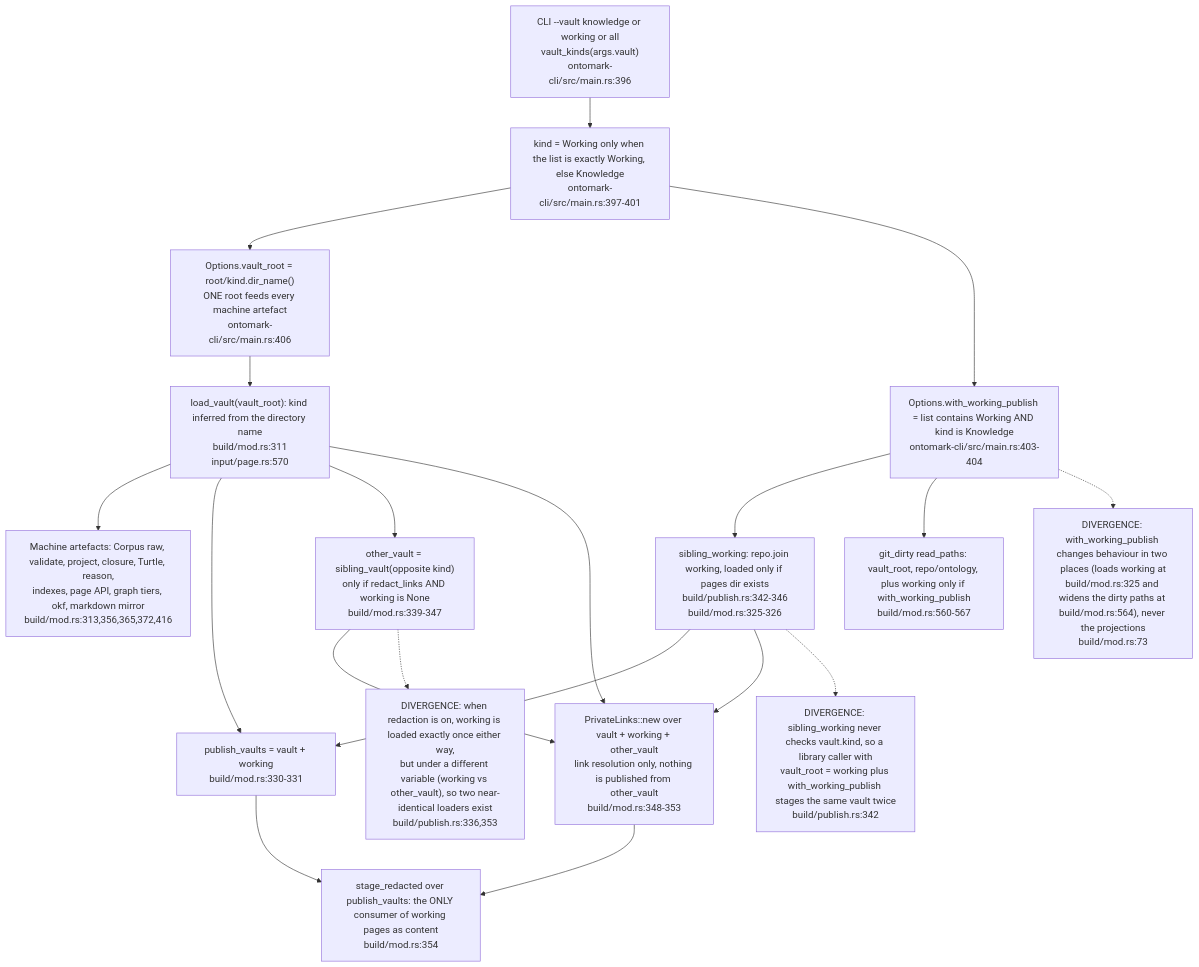
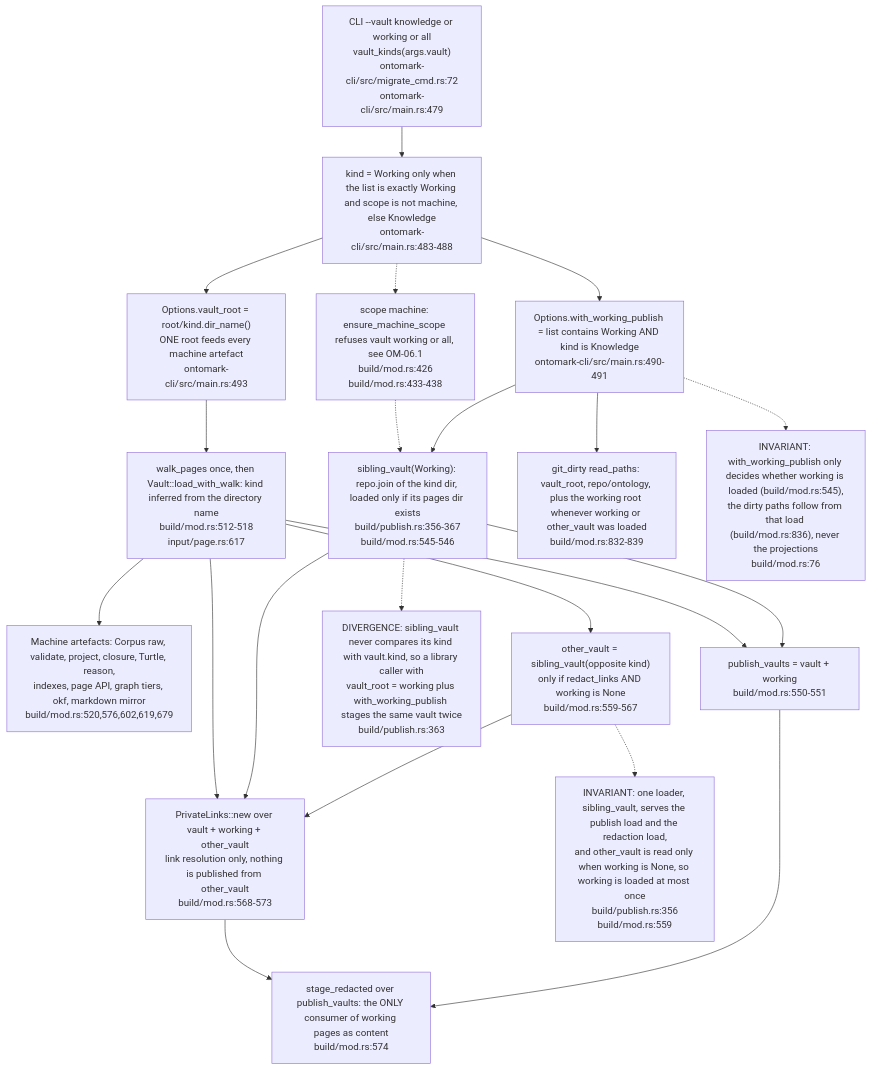
The second of 7 diagrams in docs/diagrams/ontomark/03-build-run-gates-staging-and-generation.md (DreamLab-AI/VisionFlow), drawn with Mermaid before and after one commit. The commit also changed other lines of this file and 10 other files, not shown here.

First line of the commit message:
docs(diagrams): re-stamp the ontomark corpus at ee9e04a; OM-06 machine scope and ingest contract

````diff
--- a/docs/diagrams/ontomark/03-build-run-gates-staging-and-generation.md
+++ b/docs/diagrams/ontomark/03-build-run-gates-staging-and-generation.md
@@ -65,30 +70,33 @@
 ```mermaid
 flowchart TD
-    ARG["CLI --vault knowledge or working or all<br/>vault_kinds(args.vault)<br/>ontomark-cli/src/main.rs:396"]
-    KIND["kind = Working only when the list is exactly Working, else Knowledge<br/>ontomark-cli/src/main.rs:397-401"]
-    ROOT["Options.vault_root = root/kind.dir_name()<br/>ONE root feeds every machine artefact<br/>ontomark-cli/src/main.rs:406"]
-    WIDE["Options.with_working_publish = list contains Working AND kind is Knowledge<br/>ontomark-cli/src/main.rs:403-404"]
-    LOAD["load_vault(vault_root): kind inferred from the directory name<br/>build/mod.rs:311<br/>input/page.rs:570"]
-    MACH["Machine artefacts: Corpus raw, validate, project, closure, Turtle, reason,<br/>indexes, page API, graph tiers, okf, markdown mirror<br/>build/mod.rs:313,356,365,372,416"]
-    SW["sibling_working: repo.join working, loaded only if pages dir exists<br/>build/publish.rs:342-346<br/>build/mod.rs:325-326"]
-    PUBV["publish_vaults = vault + working<br/>build/mod.rs:330-331"]
-    STAGE["stage_redacted over publish_vaults: the ONLY consumer of working pages as content<br/>build/mod.rs:354"]
-    OTHER["other_vault = sibling_vault(opposite kind)<br/>only if redact_links AND working is None<br/>build/mod.rs:339-347"]
-    PL["PrivateLinks::new over vault + working + other_vault<br/>link resolution only, nothing is published from other_vault<br/>build/mod.rs:348-353"]
-    GITD["git_dirty read_paths: vault_root, repo/ontology, plus working only if with_working_publish<br/>build/mod.rs:560-567"]
-    N1["DIVERGENCE: with_working_publish changes behaviour in two places (loads working at<br/>build/mod.rs:325 and widens the dirty paths at build/mod.rs:564), never the projections<br/>build/mod.rs:73"]
-    N2["DIVERGENCE: when redaction is on, working is loaded exactly once either way,<br/>but under a different variable (working vs other_vault), so two near-identical loaders exist<br/>build/publish.rs:336,353"]
-    N3["DIVERGENCE: sibling_working never checks vault.kind, so a library caller with<br/>vault_root = working plus with_working_publish stages the same vault twice<br/>build/publish.rs:342"]
+    ARG["CLI --vault knowledge or working or all<br/>vault_kinds(args.vault)<br/>ontomark-cli/src/migrate_cmd.rs:72<br/>ontomark-cli/src/main.rs:479"]
+    KIND["kind = Working only when the list is exactly Working and scope is not machine, else Knowledge<br/>ontomark-cli/src/main.rs:483-488"]
+    ROOT["Options.vault_root = root/kind.dir_name()<br/>ONE root feeds every machine artefact<br/>ontomark-cli/src/main.rs:493"]
+    WIDE["Options.with_working_publish = list contains Working AND kind is Knowledge<br/>ontomark-cli/src/main.rs:490-491"]
+    MSC["scope machine: ensure_machine_scope refuses vault working or all, see OM-06.1<br/>build/mod.rs:426<br/>build/mod.rs:433-438"]
+    LOAD["walk_pages once, then Vault::load_with_walk: kind inferred from the directory name<br/>build/mod.rs:512-518<br/>input/page.rs:617"]
+    MACH["Machine artefacts: Corpus raw, validate, project, closure, Turtle, reason,<br/>indexes, page API, graph tiers, okf, markdown mirror<br/>build/mod.rs:520,576,602,619,679"]
+    SW["sibling_vault(Working): repo.join of the kind dir, loaded only if its pages dir exists<br/>build/publish.rs:356-367<br/>build/mod.rs:545-546"]
+    PUBV["publish_vaults = vault + working<br/>build/mod.rs:550-551"]
+    STAGE["stage_redacted over publish_vaults: the ONLY consumer of working pages as content<br/>build/mod.rs:574"]
+    OTHER["other_vault = sibling_vault(opposite kind)<br/>only if redact_links AND working is None<br/>build/mod.rs:559-567"]
+    PL["PrivateLinks::new over vault + working + other_vault<br/>link resolution only, nothing is published from other_vault<br/>build/mod.rs:568-573"]
+    GITD["git_dirty read_paths: vault_root, repo/ontology, plus the working root whenever working or other_vault was loaded<br/>build/mod.rs:832-839"]
+    N1["INVARIANT: with_working_publish only decides whether working is loaded (build/mod.rs:545),<br/>the dirty paths follow from that load (build/mod.rs:836), never the projections<br/>build/mod.rs:76"]
+    N2["INVARIANT: one loader, sibling_vault, serves the publish load and the redaction load,<br/>and other_vault is read only when working is None, so working is loaded at most once<br/>build/publish.rs:356<br/>build/mod.rs:559"]
+    N3["DIVERGENCE: sibling_vault never compares its kind with vault.kind, so a library caller with<br/>vault_root = working plus with_working_publish stages the same vault twice<br/>build/publish.rs:363"]
     ARG --> KIND --> ROOT --> LOAD --> MACH
     KIND --> WIDE
     WIDE --> SW --> PUBV --> STAGE
     LOAD --> PUBV
     LOAD --> OTHER --> PL
     SW --> PL
     LOAD --> PL
     PL --> STAGE
     WIDE --> GITD
+    KIND -.-> MSC
+    MSC -.-> SW
     WIDE -.-> N1
     OTHER -.-> N2
     SW -.-> N3
 ```
````
